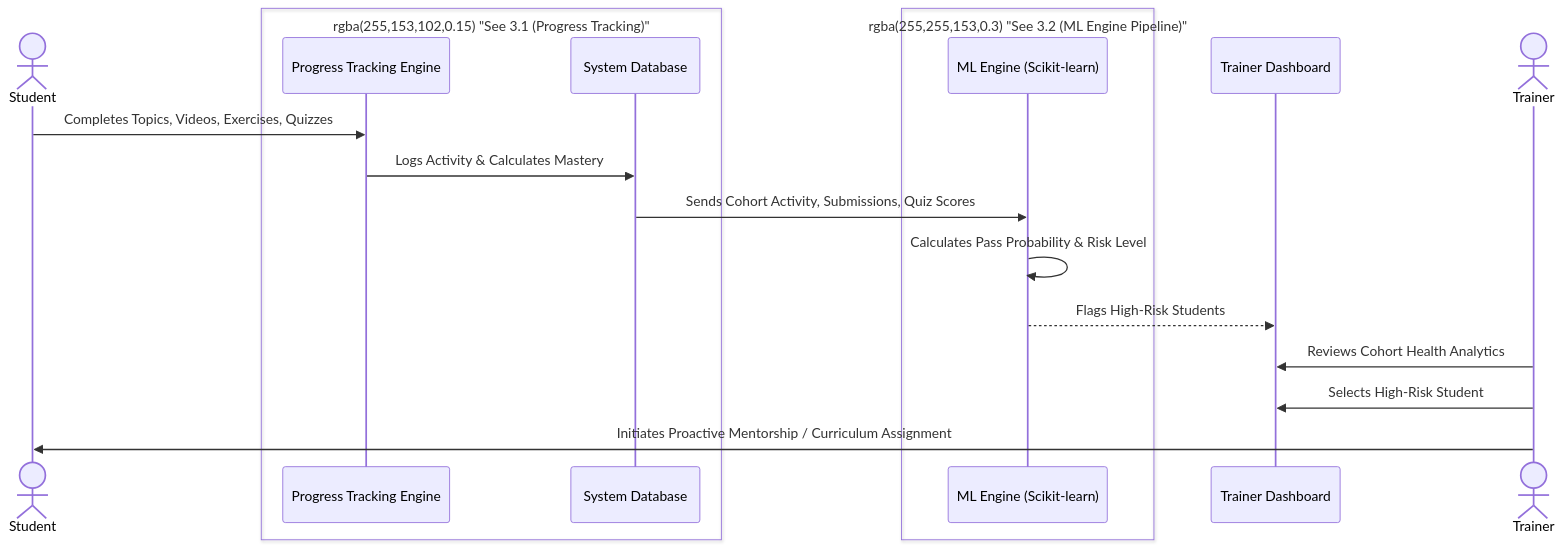
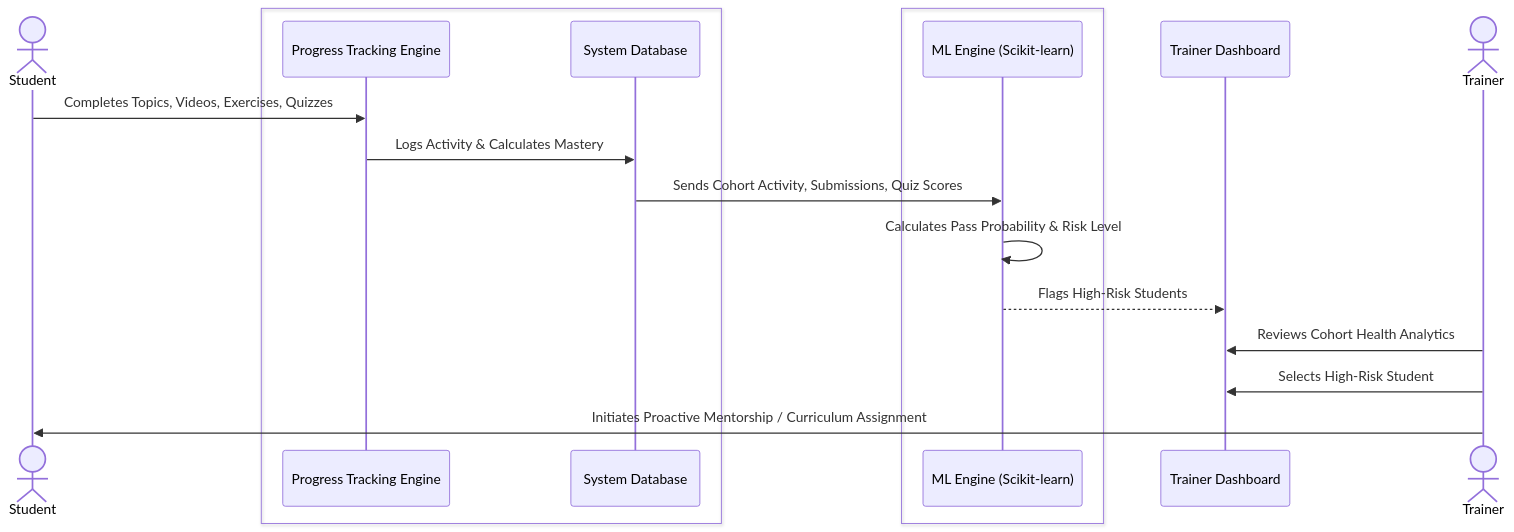
Before and after one commit to suyash-rgb/JS-Mentor: the seventh of 18 diagrams in README.md, drawn with Mermaid. The commit also changed other lines of this file, not shown here.

Commit message:
changing color format

````diff
--- a/README.md
+++ b/README.md
@@ -239,25 +239,25 @@
 ```mermaid
 sequenceDiagram
     actor S as Student
     
-    box rgba(255,153,102,0.15) "See 3.1 (Progress Tracking)"
+    box #FFE6D5 "See 3.1 (Progress Tracking)"
     participant PT as Progress Tracking Engine
     participant DB as System Database
     end
     
-    box rgba(255,255,153,0.3) "See 3.2 (ML Engine Pipeline)"
+    box #FFFFD4 "See 3.2 (ML Engine Pipeline)"
     participant ML as ML Engine (Scikit-learn)
     end
     
     participant Dashboard as Trainer Dashboard
     actor T as Trainer
 
     S->>PT: Completes Topics, Videos, Exercises, Quizzes
     PT->>DB: Logs Activity & Calculates Mastery
     DB->>ML: Sends Cohort Activity, Submissions, Quiz Scores
     ML->>ML: Calculates Pass Probability & Risk Level
     ML-->>Dashboard: Flags High-Risk Students
     T->>Dashboard: Reviews Cohort Health Analytics
     T->>Dashboard: Selects High-Risk Student
     T->>S: Initiates Proactive Mentorship / Curriculum Assignment
 ```
````
